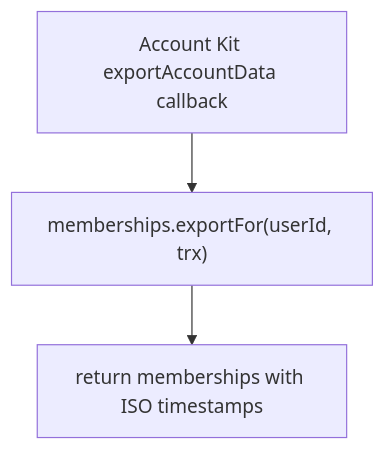
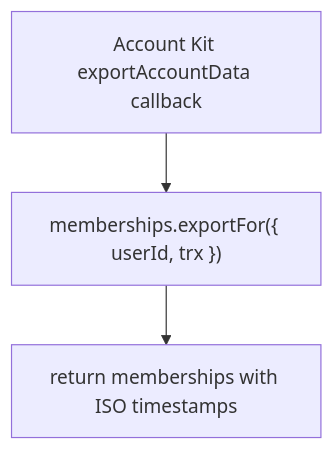
One commit to Kevinjohn/oss-adonisjs-access-control changed the second of 2 diagrams in user-stories/US-ACCESS-13-integrate-account-lifecycle.md. Above: the diagram before and after it, drawn with Mermaid. The commit also changed 6 other files, not shown here.

````diff
--- a/user-stories/US-ACCESS-13-integrate-account-lifecycle.md
+++ b/user-stories/US-ACCESS-13-integrate-account-lifecycle.md
@@ -29,5 +29,5 @@
 ```mermaid
 flowchart TD
-    A["Account Kit exportAccountData callback"] --> B["memberships.exportFor(userId, trx)"]
+    A["Account Kit exportAccountData callback"] --> B["memberships.exportFor({ userId, trx })"]
     B --> C["return memberships with ISO timestamps"]
 ```
````
